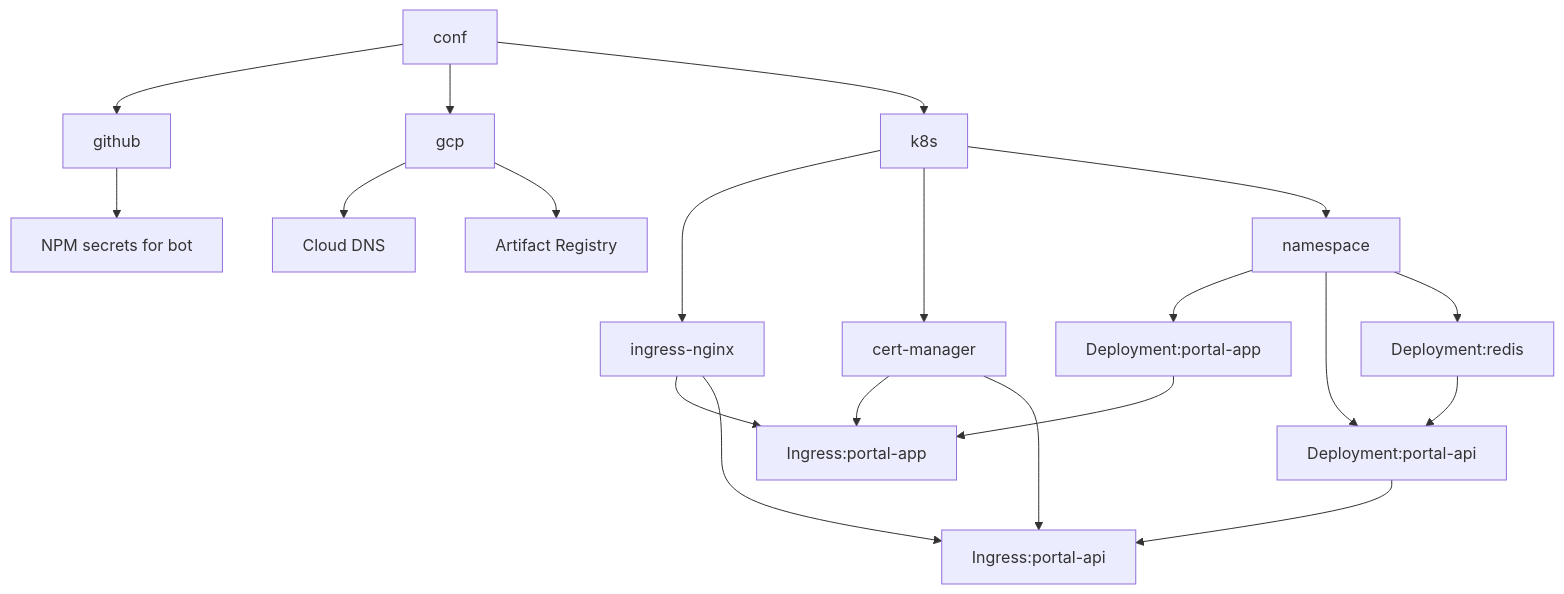
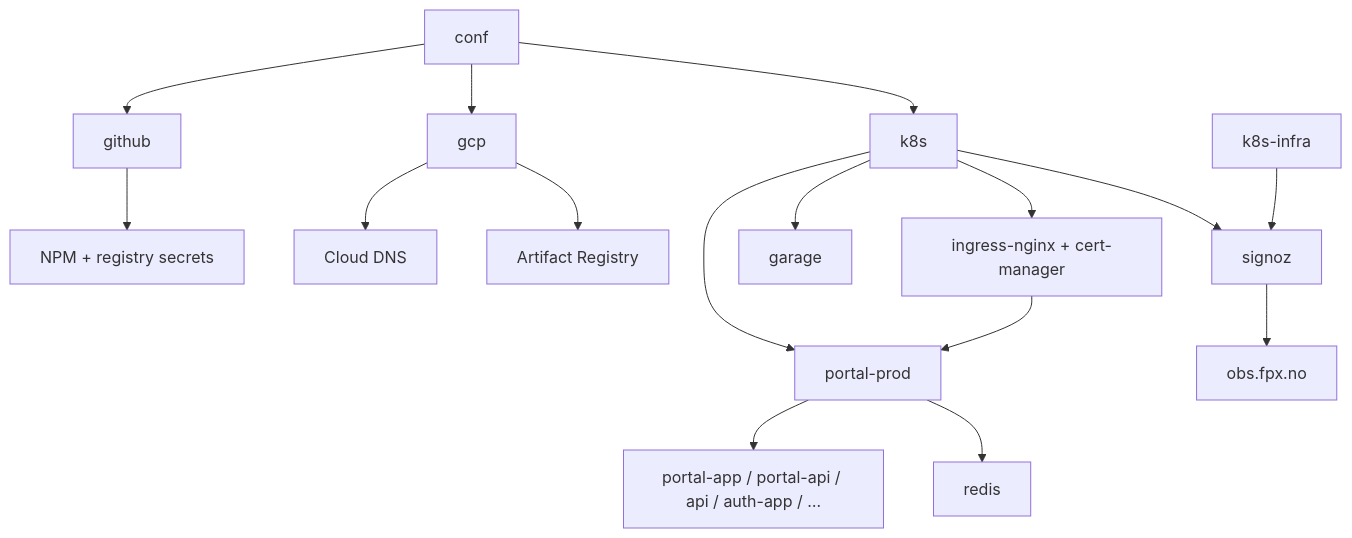
The diagram in README.md (flexisoftorg/conf), drawn with Mermaid before and after one commit. The commit also changed other lines of this file and 1 other file, not shown here.

````diff
--- a/README.md
+++ b/README.md
@@ -40,30 +42,24 @@
 ```mermaid
 flowchart TD
-    conf
     conf-->github
     conf-->gcp
     conf-->k8s
 
-    github-->bot-secret["NPM secrets for bot"]
+    github-->bot-secret["NPM + registry secrets"]
 
     gcp-->dns["Cloud DNS"]
     gcp-->ar["Artifact Registry"]
 
-    k8s-->ingress-nginx
-    k8s-->cert-manager
+    k8s-->portal-prod
+    k8s-->signoz
+    k8s-->garage
+    k8s-->system["ingress-nginx + cert-manager"]
 
-    namespace-->Deployment:portal-app
-    Deployment:portal-app-->Ingress:portal-app
+    system-->portal-prod
 
-    ingress-nginx -->Ingress:portal-app
-    ingress-nginx -->Ingress:portal-api
-    cert-manager -->Ingress:portal-app
-    cert-manager -->Ingress:portal-api
+    portal-prod-->apps["portal-app / portal-api / api / auth-app / …"]
+    portal-prod-->redis
 
-    k8s-->namespace
-
-    namespace-->Deployment:portal-api
-    Deployment:portal-api-->Ingress:portal-api
-    namespace-->Deployment:redis
-    Deployment:redis-->Deployment:portal-api
+    signoz-->obs["obs.fpx.no"]
+    k8s-infra-->signoz
 ```
````
